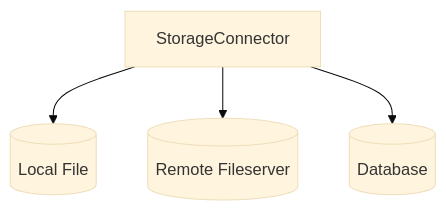
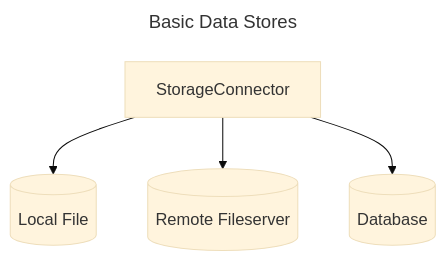
The first of 3 diagrams in src/04_core-architecture/common/configs_and_schemas.md (opengamedata/ogd-doc), drawn with Mermaid (base theme) before and after one commit. The commit also changed other lines of this file, not shown here.

Commit message:
Restructure a little, create diagram of all the game-level configs.

````diff
--- a/src/04_core-architecture/common/configs_and_schemas.md
+++ b/src/04_core-architecture/common/configs_and_schemas.md
@@ -18,7 +20,10 @@
     ```{mermaid}
+    ---
+    title: Basic Data Stores
+    ---
     flowchart TD
 
     StorageConnector --> local[(Local File)]
     StorageConnector --> remote[(Remote Fileserver)]
     StorageConnector --> Database[(Database)]
     ```
````
